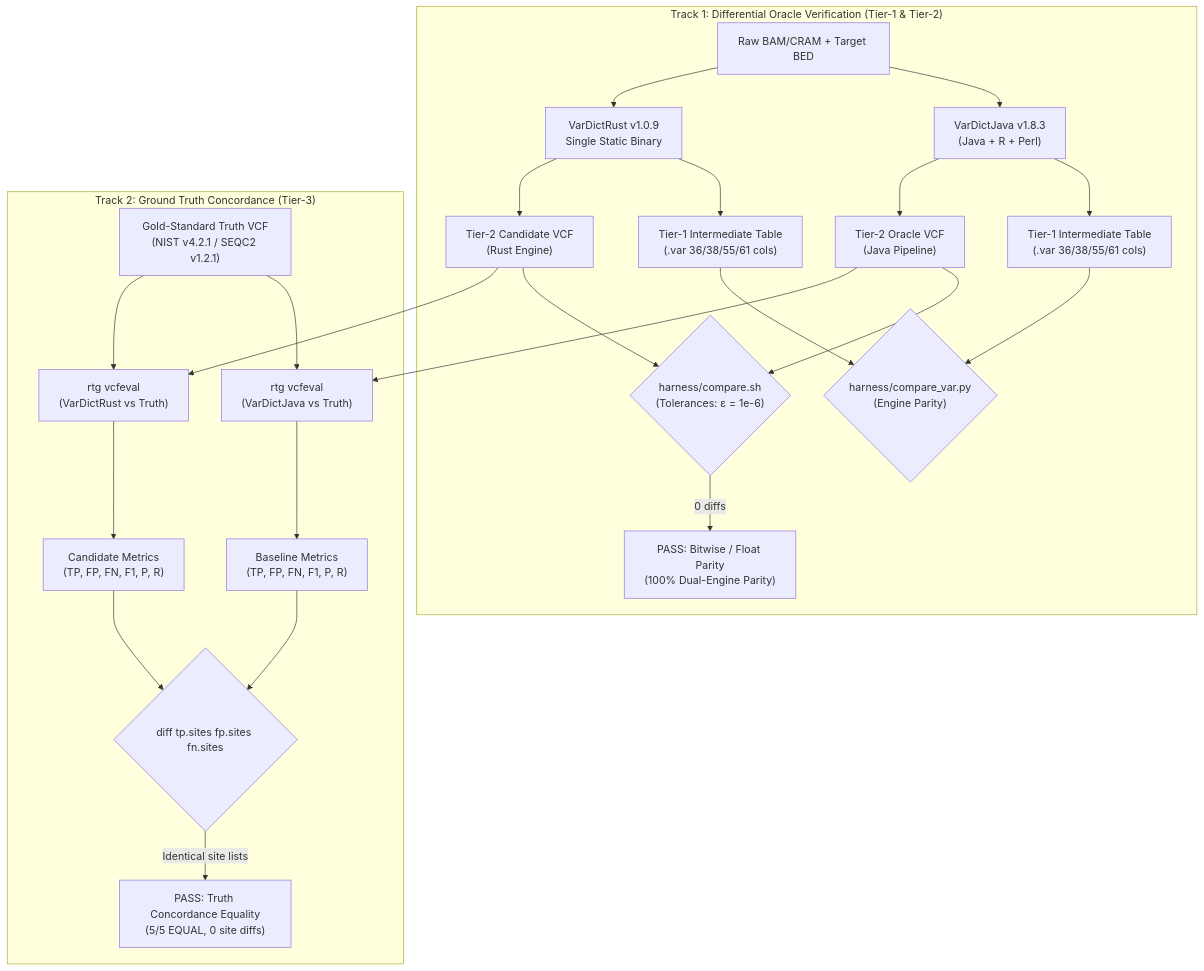
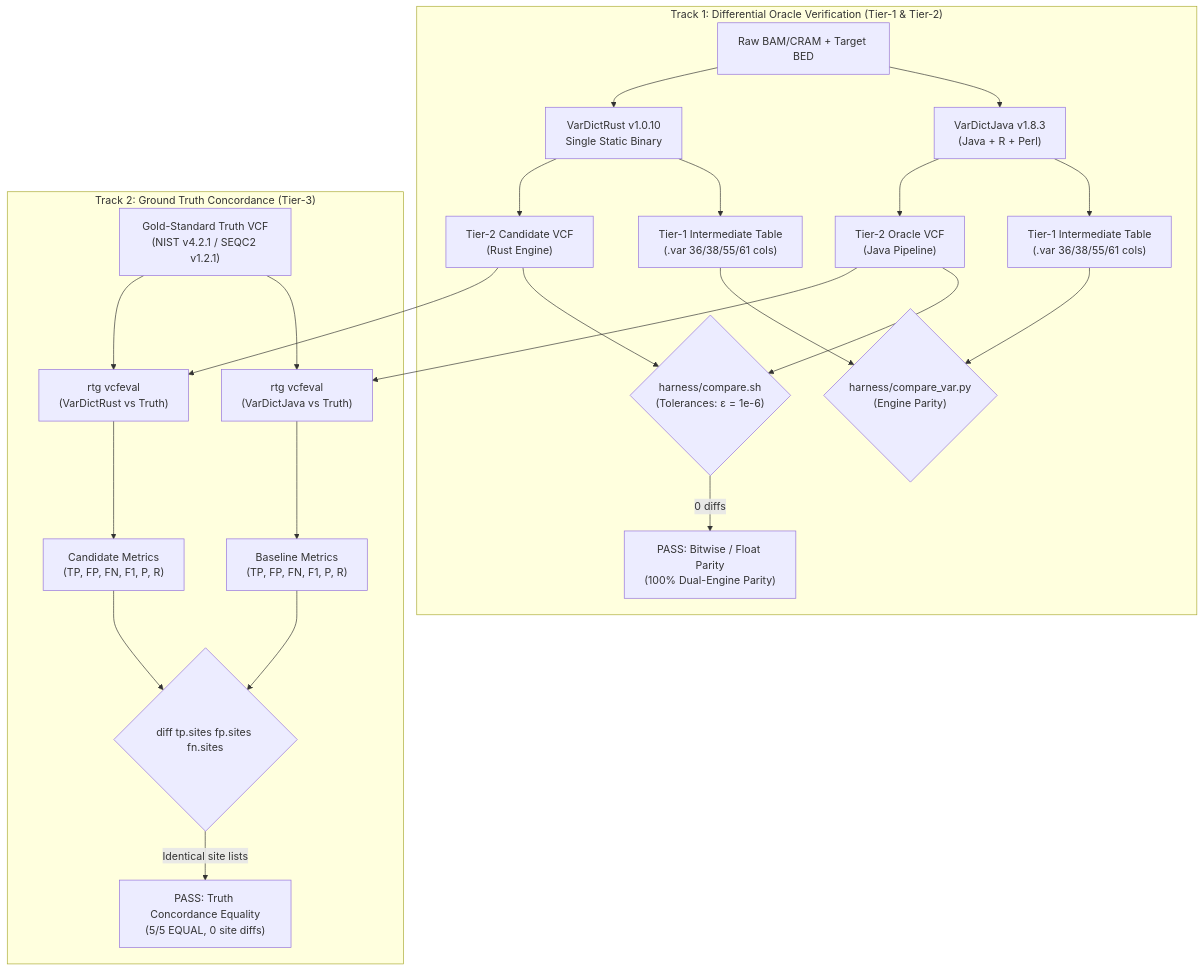
One commit to palakpsheth/VarDictRust changed the diagram in docs/validation/omnibus-empirical-validation.md. Above: the diagram before and after it, drawn with Mermaid. The commit also changed other lines of this file and 43 other files, not shown here.

First line of the commit message:
release: prepare VarDictRust v1.0.10 (#141)

````diff
--- a/docs/validation/omnibus-empirical-validation.md
+++ b/docs/validation/omnibus-empirical-validation.md
@@ -62,27 +62,27 @@
 ```mermaid
 flowchart TD
     subgraph Track1 ["Track 1: Differential Oracle Verification (Tier-1 & Tier-2)"]
         D1["Raw BAM/CRAM + Target BED"] --> VDJ["VarDictJava v1.8.3\n(Java + R + Perl)"]
-        D1 --> VDR["VarDictRust v1.0.9<br/>Single Static Binary"]
+        D1 --> VDR["VarDictRust v1.0.10<br/>Single Static Binary"]
         VDJ --> VAR_J["Tier-1 Intermediate Table\n(.var 36/38/55/61 cols)"]
         VDR --> VAR_R["Tier-1 Intermediate Table\n(.var 36/38/55/61 cols)"]
         VAR_J & VAR_R --> CMP_VAR{"harness/compare_var.py\n(Engine Parity)"}
         VDJ --> VCF_J["Tier-2 Oracle VCF\n(Java Pipeline)"]
         VDR --> VCF_R["Tier-2 Candidate VCF\n(Rust Engine)"]
         VCF_J --> CMP{"harness/compare.sh\n(Tolerances: ε = 1e-6)"}
         VCF_R --> CMP
         CMP -->|0 diffs| MATCH["PASS: Bitwise / Float Parity\n(100% Dual-Engine Parity)"]
     end
 
     subgraph Track2 ["Track 2: Ground Truth Concordance (Tier-3)"]
         VCF_J --> RTG1["rtg vcfeval\n(VarDictJava vs Truth)"]
         VCF_R --> RTG2["rtg vcfeval\n(VarDictRust vs Truth)"]
         TRUTH["Gold-Standard Truth VCF\n(NIST v4.2.1 / SEQC2 v1.2.1)"] --> RTG1
         TRUTH --> RTG2
         RTG1 --> MET_J["Baseline Metrics\n(TP, FP, FN, F1, P, R)"]
         RTG2 --> MET_R["Candidate Metrics\n(TP, FP, FN, F1, P, R)"]
         MET_J --> DIFF{"diff tp.sites fp.sites fn.sites"}
         MET_R --> DIFF
         DIFF -->|Identical site lists| EQUAL["PASS: Truth Concordance Equality\n(5/5 EQUAL, 0 site diffs)"]
     end
 ```
````
